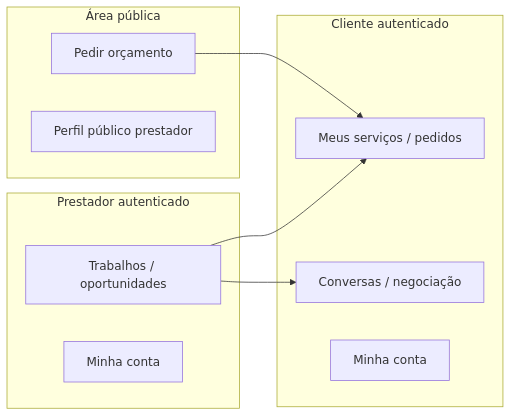
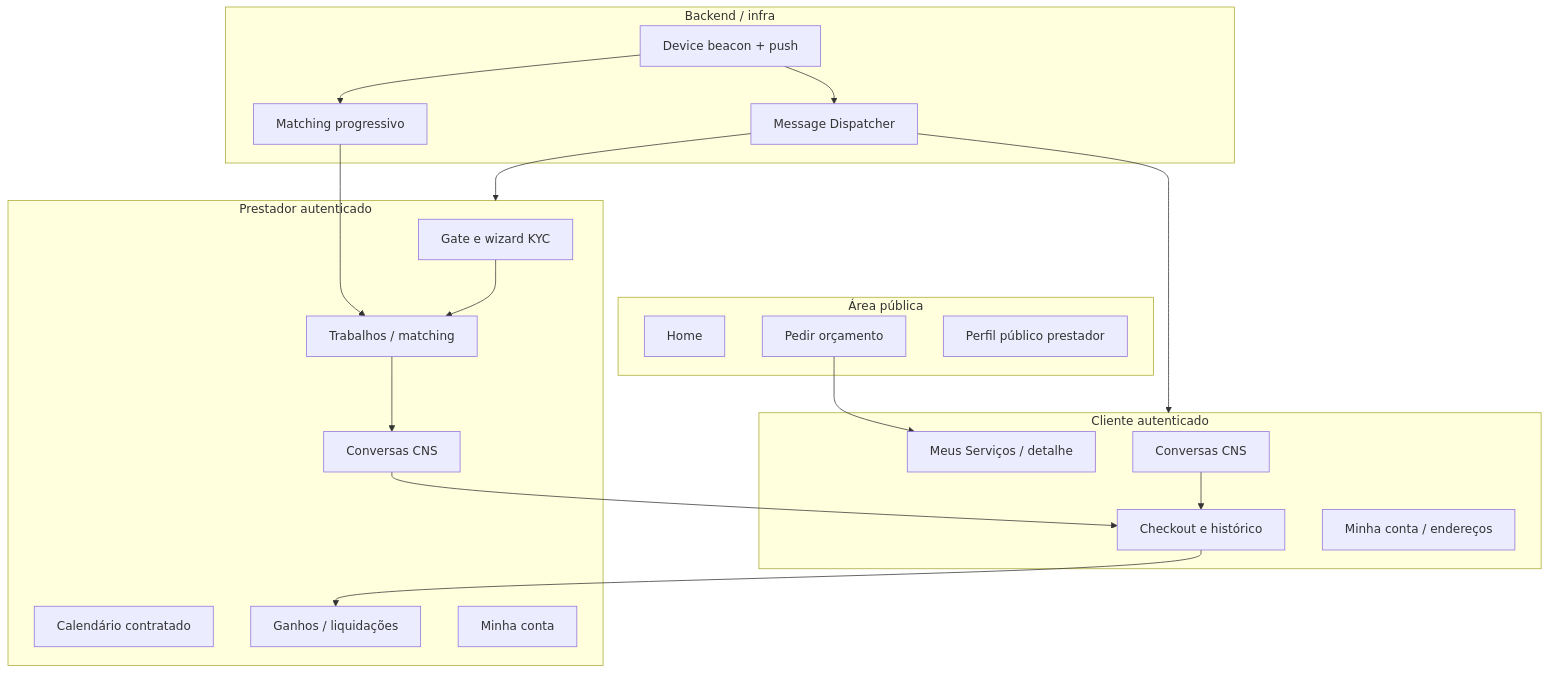
The diagram in docs/business/01-visao-geral-da-renovi.md (higorpo/renovi-orbit-test), drawn with Mermaid before and after one commit. The commit also changed other lines of this file and 63 other files, not shown here.

````diff
--- a/docs/business/01-visao-geral-da-renovi.md
+++ b/docs/business/01-visao-geral-da-renovi.md
@@ -11,20 +13,42 @@
 ```mermaid
-flowchart LR
+flowchart TB
   subgraph Publico["Área pública"]
-    A[Pedir orçamento]
-    B[Perfil público prestador]
+    Home[Home]
+    RQ[Pedir orçamento]
+    PP[Perfil público prestador]
   end
+
   subgraph Cliente["Cliente autenticado"]
-    C[Meus serviços / pedidos]
-    D[Conversas / negociação]
-    E[Minha conta]
+    MS[Meus Serviços / detalhe]
+    CH_C[Conversas CNS]
+    PAY_C[Checkout e histórico]
+    ACC_C[Minha conta / endereços]
   end
+
   subgraph Prestador["Prestador autenticado"]
-    F[Trabalhos / oportunidades]
-    D[Conversas / negociação]
-    H[Minha conta]
+    KYC[Gate e wizard KYC]
+    JOBS[Trabalhos / matching]
+    CH_P[Conversas CNS]
+    CAL[Calendário contratado]
+    EARN[Ganhos / liquidações]
+    ACC_P[Minha conta]
   end
-  A --> C
-  F --> D
-  F --> C
+
+  subgraph Backend["Backend / infra"]
+    MATCH[Matching progressivo]
+    MMD[Message Dispatcher]
+    BEACON[Device beacon + push]
+  end
+
+  RQ --> MS
+  MATCH --> JOBS
+  JOBS --> CH_P
+  CH_C --> PAY_C
+  CH_P --> PAY_C
+  PAY_C --> EARN
+  BEACON --> MATCH
+  BEACON --> MMD
+  MMD --> Cliente
+  MMD --> Prestador
+  KYC --> JOBS
 ```
````
